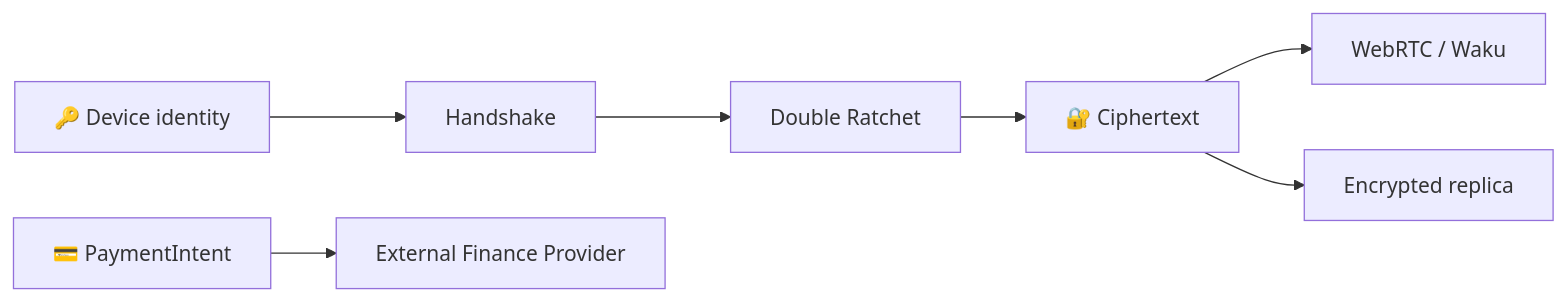
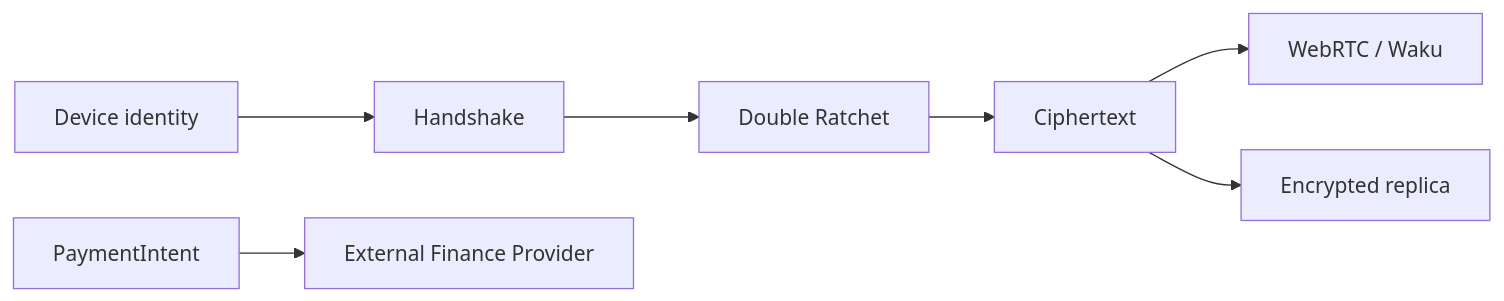
The second of 2 diagrams in README.md (Shtenco/synergy_messenger), drawn with Mermaid before and after one commit. The commit also changed other lines of this file, not shown here.

````diff
--- a/README.md
+++ b/README.md
@@ -244,9 +244,9 @@
 ```mermaid
 flowchart LR
-    ID[🔑 Device identity] --> X3DH[Handshake]
+    ID[ Device identity] --> X3DH[Handshake]
     X3DH --> DR[Double Ratchet]
-    DR --> CT[🔐 Ciphertext]
+    DR --> CT[ Ciphertext]
     CT --> P2P[WebRTC / Waku]
     CT --> REP[Encrypted replica]
-    FIN[💳 PaymentIntent] --> EXT[External Finance Provider]
+    FIN[ PaymentIntent] --> EXT[External Finance Provider]
 ```
````
